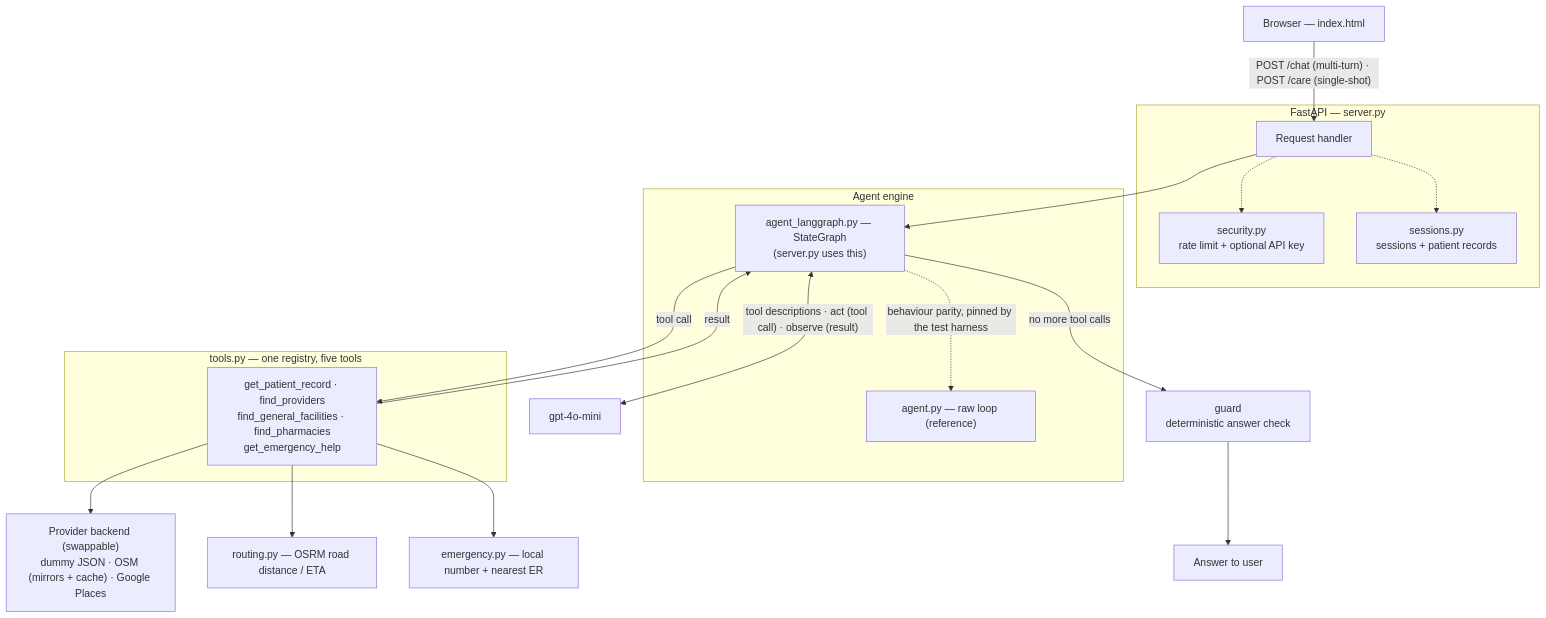
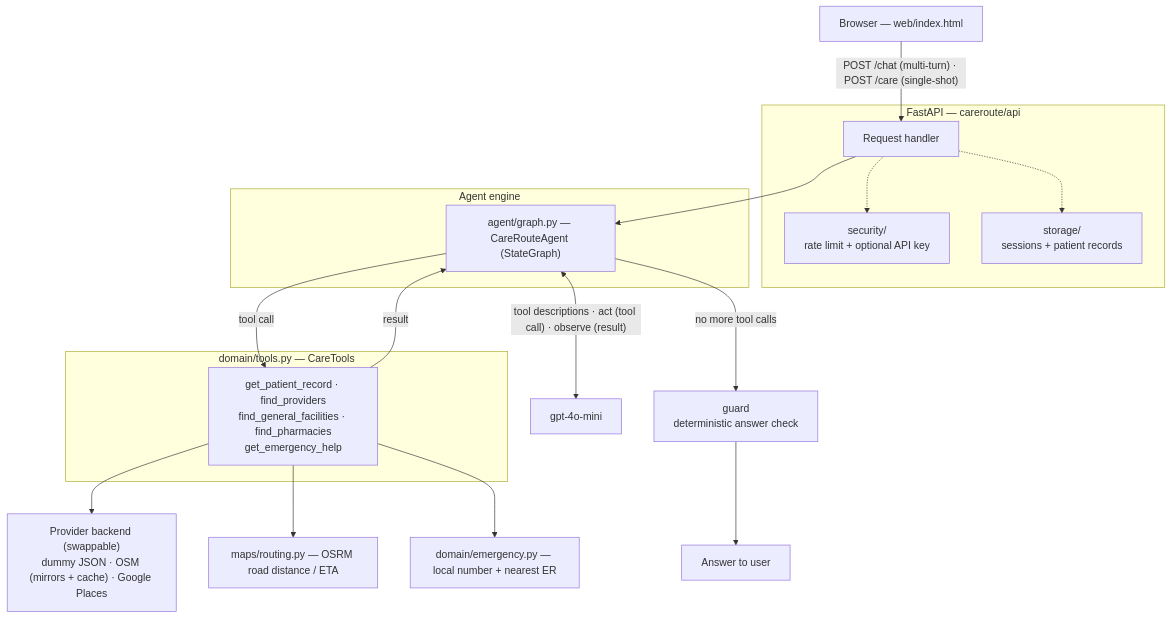
The first of 3 diagrams in README.md (tryadityagupta/careroute), drawn with Mermaid before and after one commit. The commit also changed other lines of this file and 76 other files, not shown here.

````diff
--- a/README.md
+++ b/README.md
@@ -57,36 +101,34 @@
 ```mermaid
 flowchart TD
-    B["Browser — index.html"]
+    B["Browser — web/index.html"]
     B -->|"POST /chat (multi-turn) · POST /care (single-shot)"| S
 
-    subgraph FastAPI["FastAPI — server.py"]
+    subgraph FastAPI["FastAPI — careroute/api"]
         S["Request handler"]
-        SEC["security.py<br/>rate limit + optional API key"]
-        SESS["sessions.py<br/>sessions + patient records"]
+        SEC["security/<br/>rate limit + optional API key"]
+        SESS["storage/<br/>sessions + patient records"]
         S -.-> SEC
         S -.-> SESS
     end
 
     S --> AG
 
     subgraph Engine["Agent engine"]
-        AG["agent_langgraph.py — StateGraph<br/>(server.py uses this)"]
-        REF["agent.py — raw loop (reference)"]
-        AG -.->|"behaviour parity, pinned by the test harness"| REF
+        AG["agent/graph.py — CareRouteAgent (StateGraph)"]
     end
 
     AG <-->|"tool descriptions · act (tool call) · observe (result)"| LLM["gpt-4o-mini"]
 
     AG -->|tool call| T
     T -->|result| AG
     AG -->|no more tool calls| G["guard<br/>deterministic answer check"]
     G --> U["Answer to user"]
 
-    subgraph Tools["tools.py — one registry, five tools"]
+    subgraph Tools["domain/tools.py — CareTools"]
         T["get_patient_record · find_providers<br/>find_general_facilities · find_pharmacies<br/>get_emergency_help"]
     end
 
     T --> BK["Provider backend (swappable)<br/>dummy JSON · OSM (mirrors + cache) · Google Places"]
-    T --> RT["routing.py — OSRM road distance / ETA"]
-    T --> EM["emergency.py — local number + nearest ER"]
+    T --> RT["maps/routing.py — OSRM road distance / ETA"]
+    T --> EM["domain/emergency.py — local number + nearest ER"]
 ```
````
